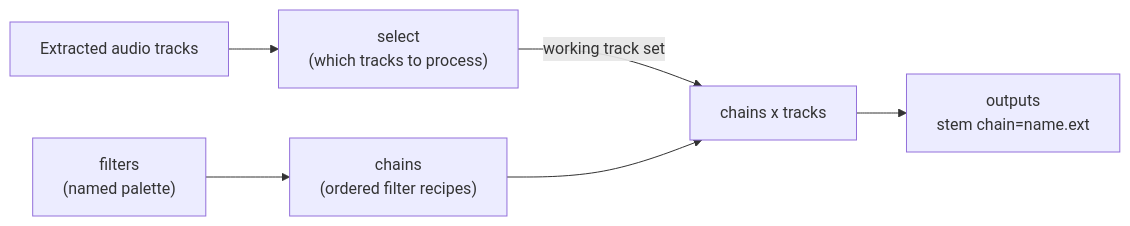
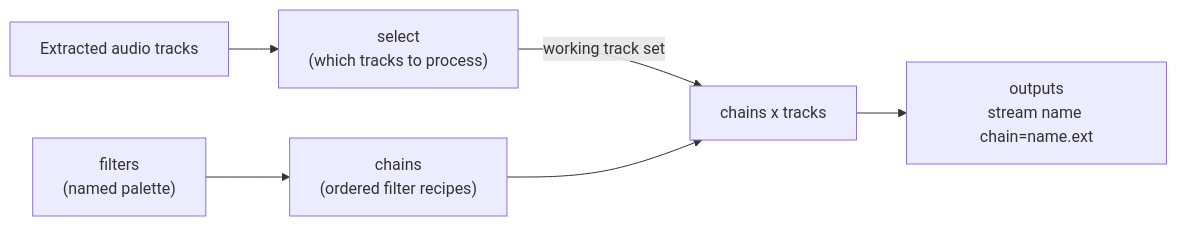
Before and after one commit to CHerSun/pyqenc: the first of 2 diagrams in docs/audio-processing.md, drawn with Mermaid. The commit also changed other lines of this file and 29 other files, not shown here.

````diff
--- a/docs/audio-processing.md
+++ b/docs/audio-processing.md
@@ -13,8 +13,8 @@
 ```mermaid
 flowchart LR
     T["Extracted audio tracks"] --> S["select<br/>(which tracks to process)"]
     S -->|working track set| X["chains x tracks"]
     P["filters<br/>(named palette)"] --> C["chains<br/>(ordered filter recipes)"]
     C --> X
-    X --> O["outputs<br/>stem chain=name.ext"]
+    X --> O["outputs<br/>stream name chain=name.ext"]
 ```
````
